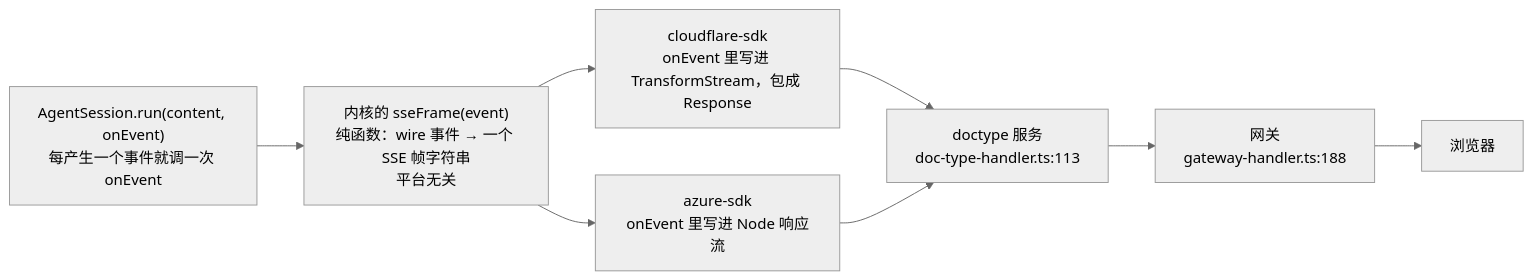
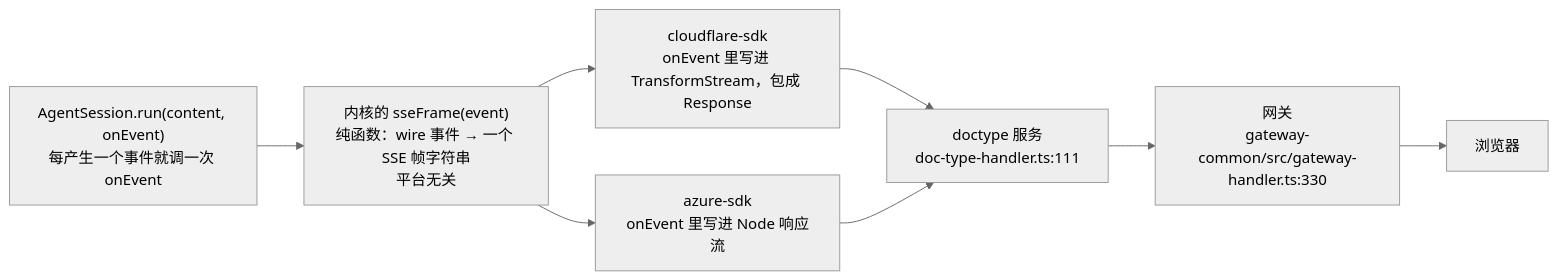
Diagram 17 of 19 in docs/superpowers/specs/2026-08-26-agent-sdk-design.md (shazhou-ww/unidocs), drawn with Mermaid (neutral theme) before and after one commit. The commit also changed other lines of this file, not shown here.

````diff
--- a/docs/superpowers/specs/2026-08-26-agent-sdk-design.md
+++ b/docs/superpowers/specs/2026-08-26-agent-sdk-design.md
@@ -1616,10 +1790,10 @@
 ```mermaid
 flowchart LR
     S["AgentSession.run(content, onEvent)<br/>每产生一个事件就调一次 onEvent"] --> E["内核的 sseFrame(event)<br/>纯函数：wire 事件 → 一个 SSE 帧字符串<br/>平台无关"]
     E --> P1["cloudflare-sdk<br/>onEvent 里写进 TransformStream，包成 Response"]
     E --> P2["azure-sdk<br/>onEvent 里写进 Node 响应流"]
-    P1 --> W["doctype 服务<br/>doc-type-handler.ts:113"]
+    P1 --> W["doctype 服务<br/>doc-type-handler.ts:111"]
     P2 --> W
-    W --> G["网关<br/>gateway-handler.ts:188"]
+    W --> G["网关<br/>gateway-common/src/gateway-handler.ts:330"]
     G --> B["浏览器"]
 ```
````
